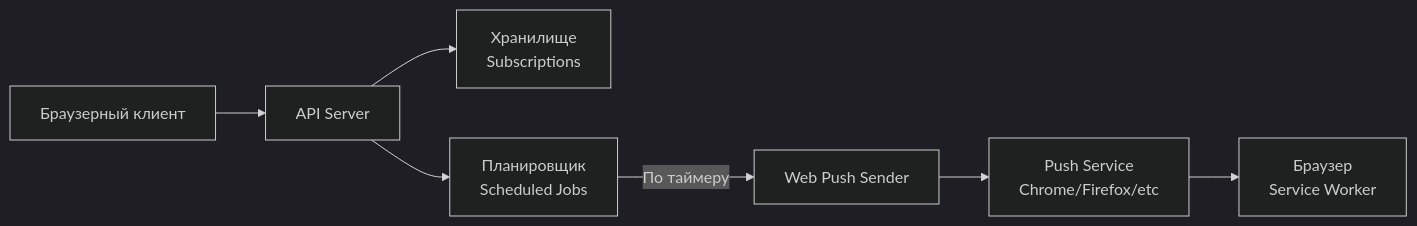
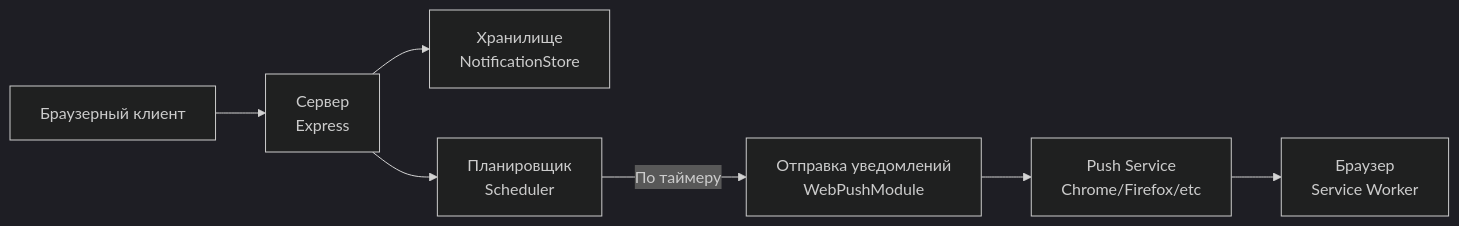
One commit to mvladt/webpush-scheduler changed the diagram in README.md. Above: the diagram before and after it, drawn with Mermaid (dark theme). The commit also changed other lines of this file, not shown here.

````diff
--- a/README.md
+++ b/README.md
@@ -15,10 +57,10 @@
 ```mermaid
 graph LR
-    A[Браузерный клиент] --> B[API Server];
-    B --> C[Хранилище<br/>Subscriptions];
-    B --> D[Планировщик<br/>Scheduled Jobs];
+    A[Браузерный клиент] --> B[Сервер<br>Express];
+    B --> C[Хранилище<br>NotificationStore];
+    B --> D[Планировщик<br>Scheduler];
 
-    D -- По таймеру --> E[Web Push Sender];
-    E --> F[Push Service<br/>Chrome/Firefox/etc];
-    F --> G[Браузер<br/>Service Worker];
+    D -- По таймеру --> E[Отправка уведомлений<br>WebPushModule];
+    E --> F[Push Service<br>Chrome/Firefox/etc];
+    F --> G[Браузер<br>Service Worker];
 ```
````
